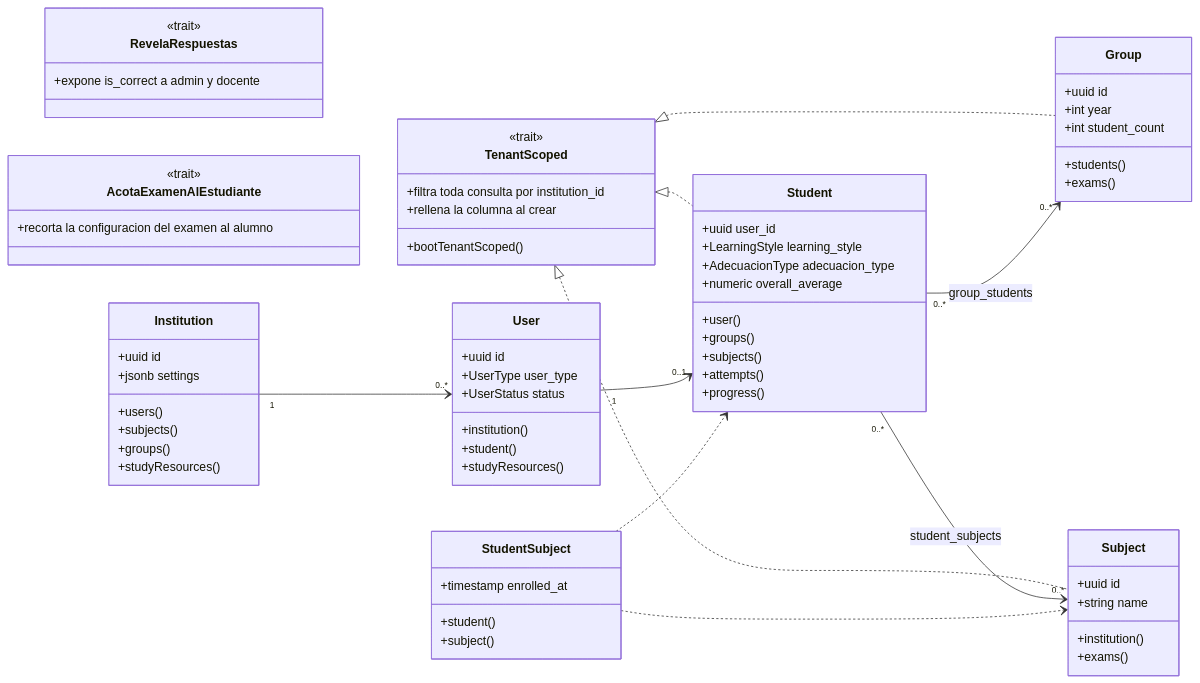
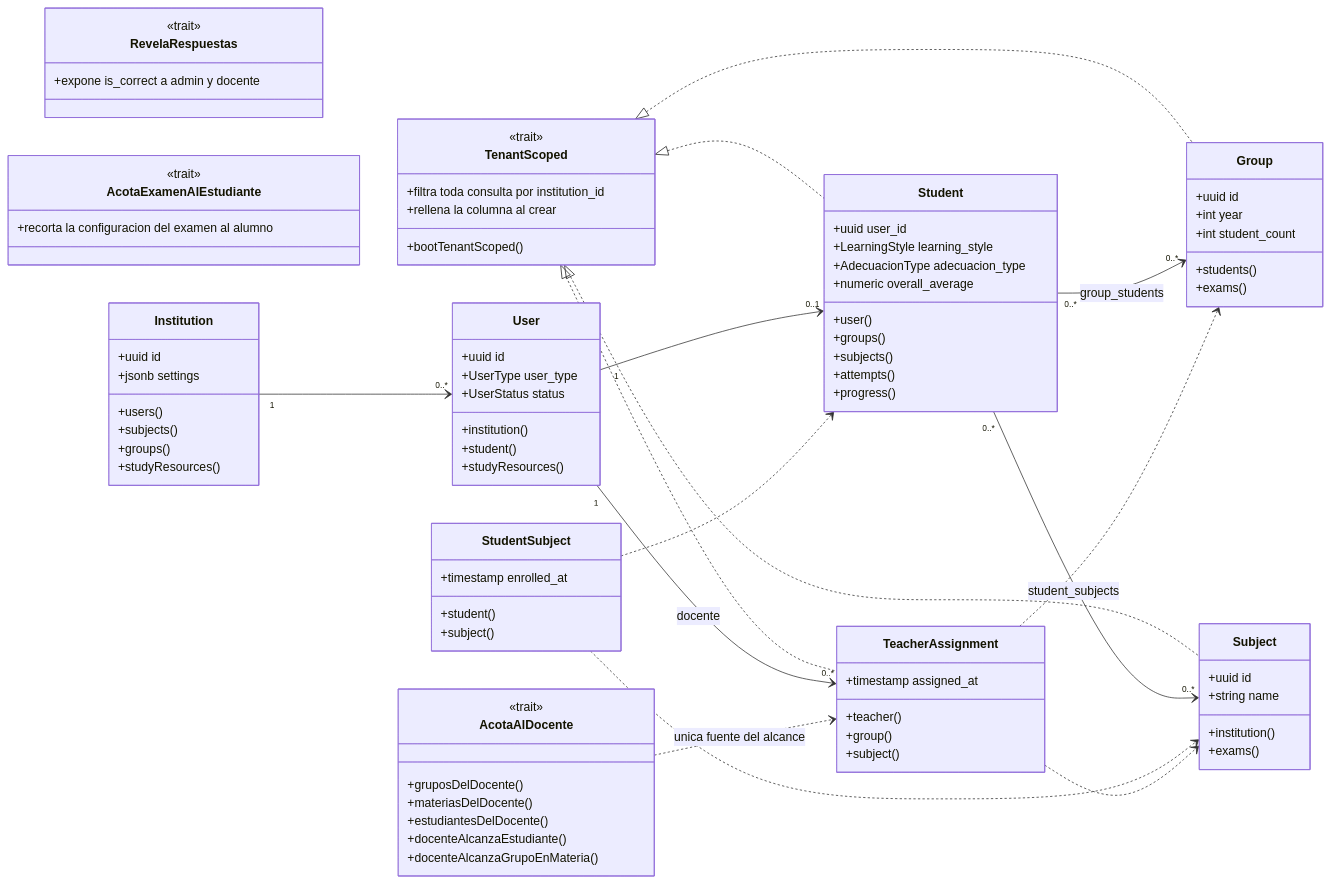
One commit to Infil505/NeoEduCore-Back changed the sixth of 16 diagrams in docs/DIAGRAMAS.md. Above: the diagram before and after it, drawn with Mermaid. The commit also changed other lines of this file and 3 other files, not shown here.

````diff
--- a/docs/DIAGRAMAS.md
+++ b/docs/DIAGRAMAS.md
@@ -413,6 +461,14 @@
     class AcotaExamenAlEstudiante {
         <<trait>>
         +recorta la configuracion del examen al alumno
+    }
+    class AcotaAlDocente {
+        <<trait>>
+        +gruposDelDocente()
+        +materiasDelDocente()
+        +estudiantesDelDocente()
+        +docenteAlcanzaEstudiante()
+        +docenteAlcanzaGrupoEnMateria()
     }
 
     class Institution {
@@ -460,10 +516,17 @@
         +student()
         +subject()
     }
+    class TeacherAssignment {
+        +timestamp assigned_at
+        +teacher()
+        +group()
+        +subject()
+    }
 
     TenantScoped <|.. Student
     TenantScoped <|.. Subject
     TenantScoped <|.. Group
+    TenantScoped <|.. TeacherAssignment
 
     Institution "1" --> "0..*" User
     User "1" --> "0..1" Student
@@ -471,4 +534,9 @@
     Student "0..*" --> "0..*" Subject : student_subjects
     StudentSubject ..> Student
     StudentSubject ..> Subject
+
+    User "1" --> "0..*" TeacherAssignment : docente
+    TeacherAssignment ..> Group
+    TeacherAssignment ..> Subject
+    AcotaAlDocente ..> TeacherAssignment : unica fuente del alcance
 ```
````
